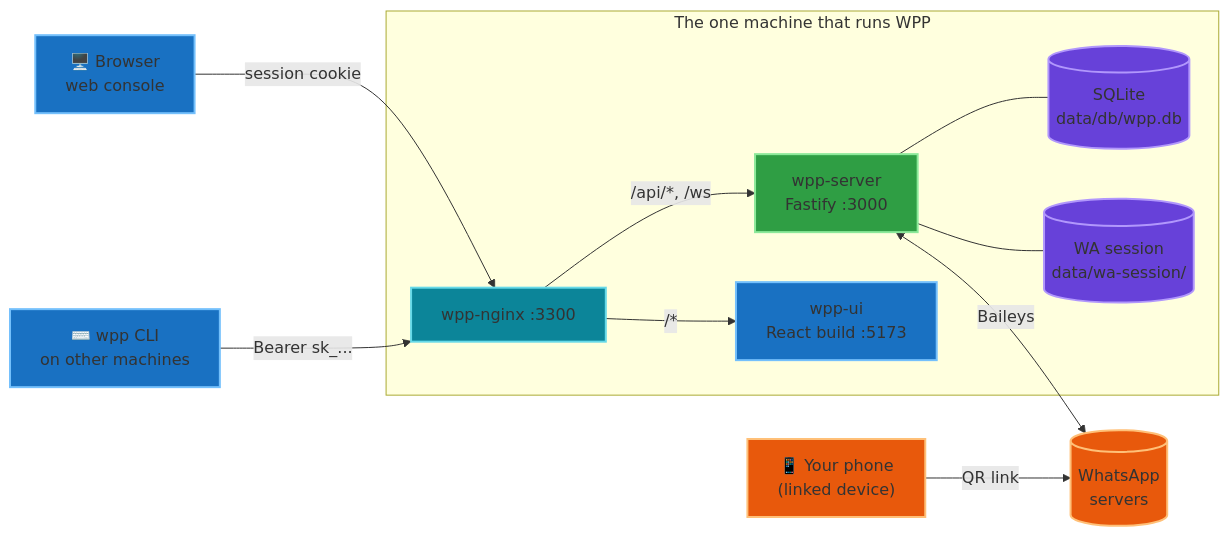
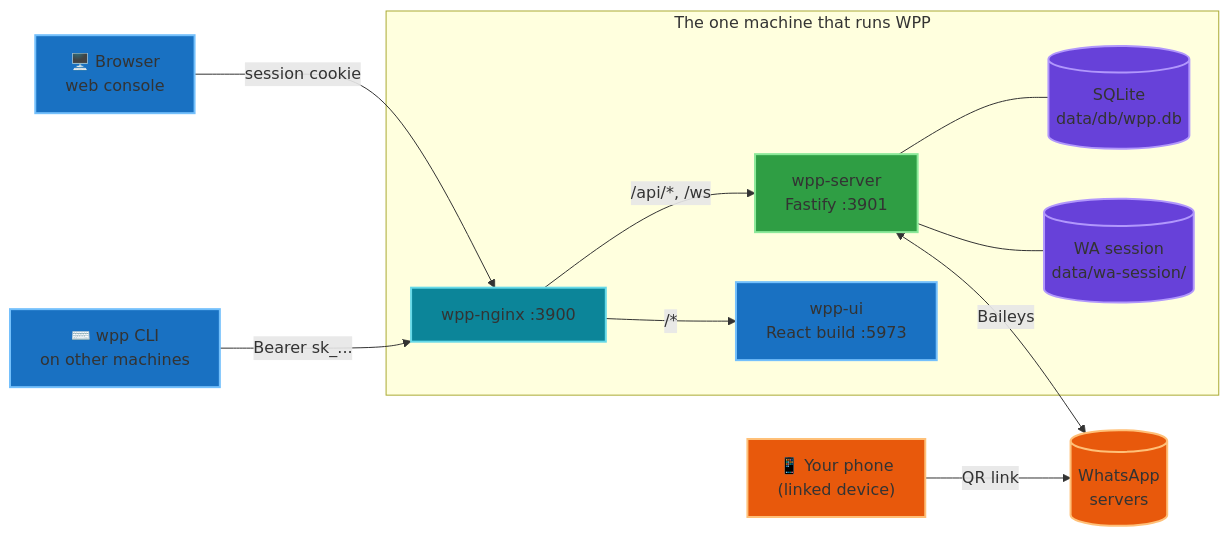
One commit to mahsanamin/whatsapp-personal-proxy changed the diagram in docs/architecture.md. Above: the diagram before and after it, drawn with Mermaid. The commit also changed other lines of this file and 16 other files, not shown here.

````diff
--- a/docs/architecture.md
+++ b/docs/architecture.md
@@ -5,37 +5,37 @@
 ```mermaid
 flowchart LR
     Phone["📱 Your phone<br/>(linked device)"]
     WA[("WhatsApp<br/>servers")]
 
     subgraph Host["The one machine that runs WPP"]
-        Nginx["wpp-nginx :3300"]
-        Server["wpp-server<br/>Fastify :3000"]
-        UI["wpp-ui<br/>React build :5173"]
+        Nginx["wpp-nginx :3900"]
+        Server["wpp-server<br/>Fastify :3901"]
+        UI["wpp-ui<br/>React build :5973"]
         DB[("SQLite<br/>data/db/wpp.db")]
         Sess[("WA session<br/>data/wa-session/")]
     end
 
     Browser["🖥️ Browser<br/>web console"]
     CLI["⌨️ wpp CLI<br/>on other machines"]
 
     Phone -->|"QR link"| WA
     Browser -->|"session cookie"| Nginx
     CLI -->|"Bearer sk_..."| Nginx
     Nginx -->|"/api/*, /ws"| Server
     Nginx -->|"/*"| UI
     Server <-->|"Baileys"| WA
     Server --- DB
     Server --- Sess
 
     classDef frontend fill:#1971c2,stroke:#74c0fc,stroke-width:2px;
     classDef backend  fill:#2f9e44,stroke:#8ce99a,stroke-width:2px;
     classDef external fill:#e8590c,stroke:#ffc078,stroke-width:2px;
     classDef data     fill:#6741d9,stroke:#b197fc,stroke-width:2px;
     classDef infra    fill:#0c8599,stroke:#66d9e8,stroke-width:2px;
 
     class Browser,CLI,UI frontend;
     class Server backend;
     class WA,Phone external;
     class DB,Sess data;
     class Nginx infra;
 ```
````
